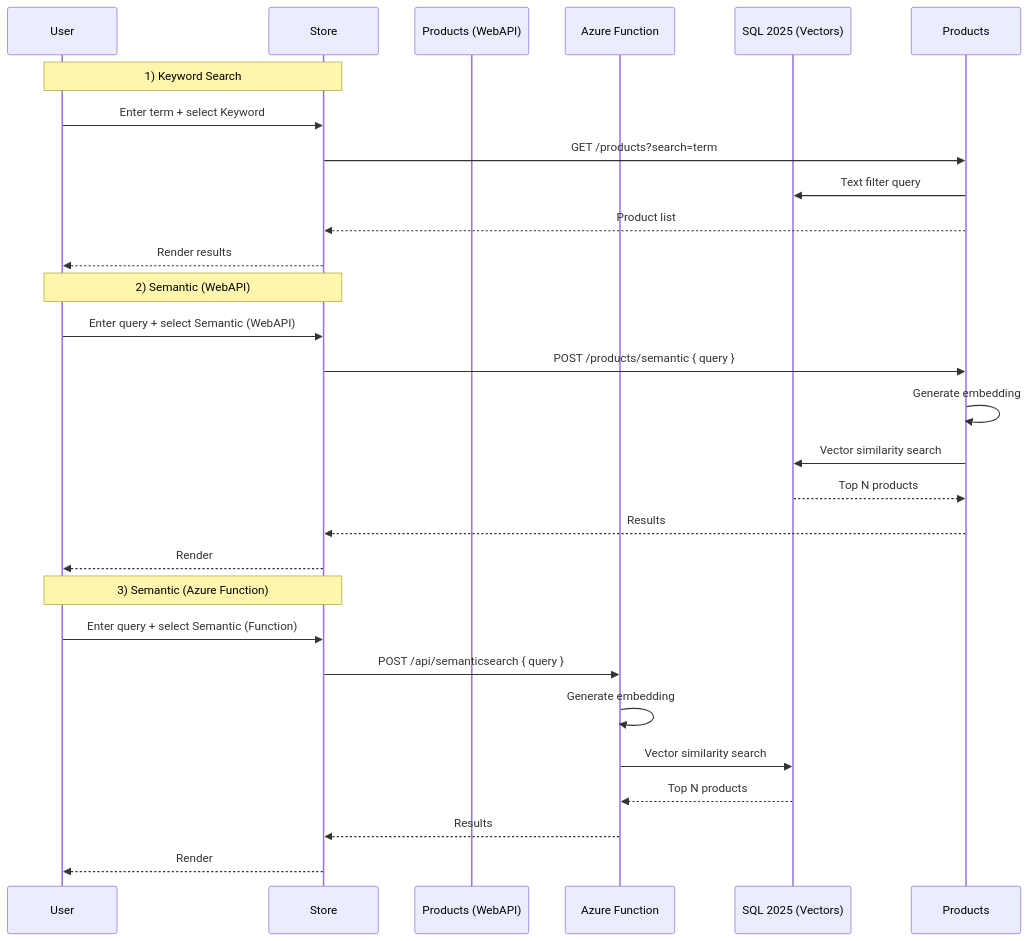
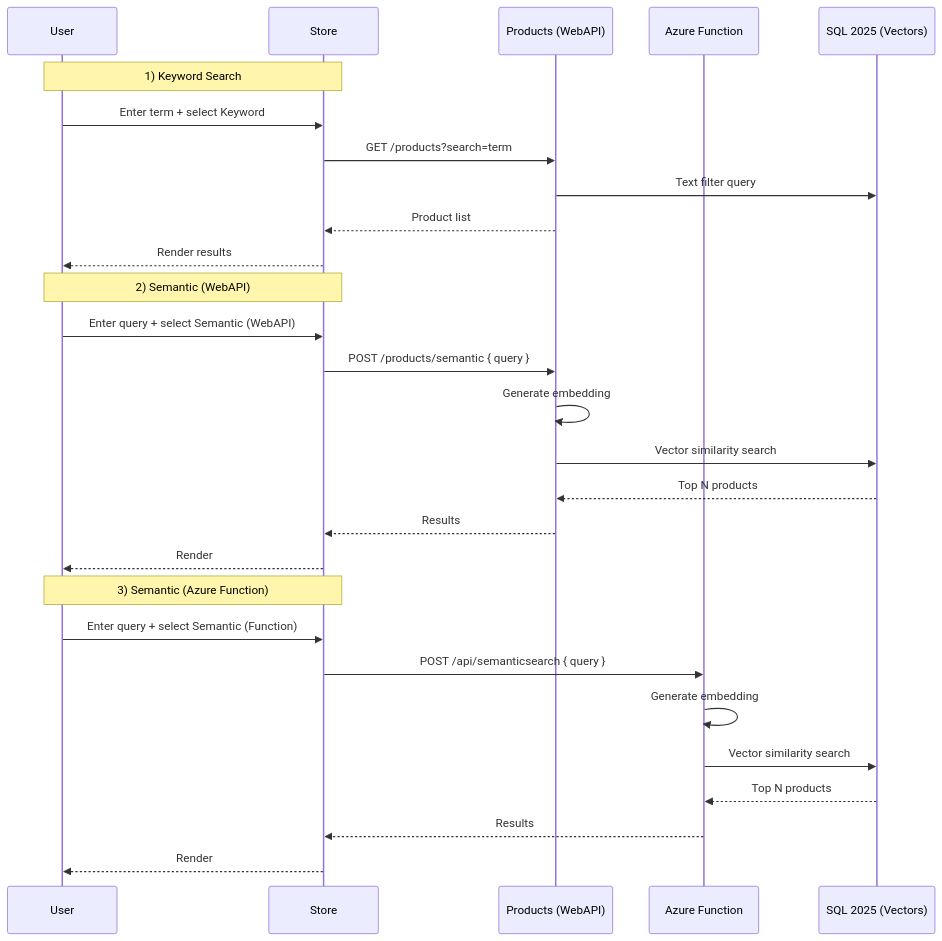
Before and after one commit to elbruno/a2aapiredemo: the second of 2 diagrams in README.md, drawn with Mermaid.

````diff
--- a/README.md
+++ b/README.md
@@ -67,33 +67,33 @@
 ```mermaid
 sequenceDiagram
      participant User
      participant Store
-     participant Products (WebAPI)
+     participant Products as Products (WebAPI)
      participant SemanticFn as Azure Function
      participant SQL as SQL 2025 (Vectors)
 
      Note over User,Store: 1) Keyword Search
      User->>Store: Enter term + select Keyword
      Store->>Products: GET /products?search=term
      Products->>SQL: Text filter query
      Products-->>Store: Product list
      Store-->>User: Render results
 
      Note over User,Store: 2) Semantic (WebAPI)
      User->>Store: Enter query + select Semantic (WebAPI)
      Store->>Products: POST /products/semantic { query }
      Products->>Products: Generate embedding
      Products->>SQL: Vector similarity search
      SQL-->>Products: Top N products
      Products-->>Store: Results
      Store-->>User: Render
 
      Note over User,Store: 3) Semantic (Azure Function)
      User->>Store: Enter query + select Semantic (Function)
      Store->>SemanticFn: POST /api/semanticsearch { query }
      SemanticFn->>SemanticFn: Generate embedding
      SemanticFn->>SQL: Vector similarity search
      SQL-->>SemanticFn: Top N products
      SemanticFn-->>Store: Results
      Store-->>User: Render
 ```
````
